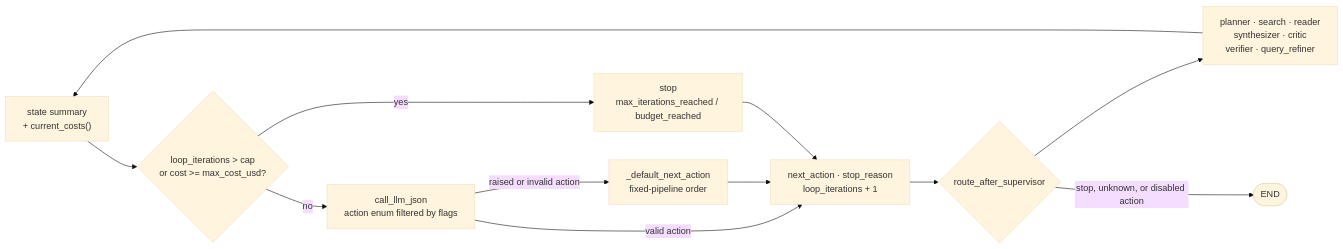
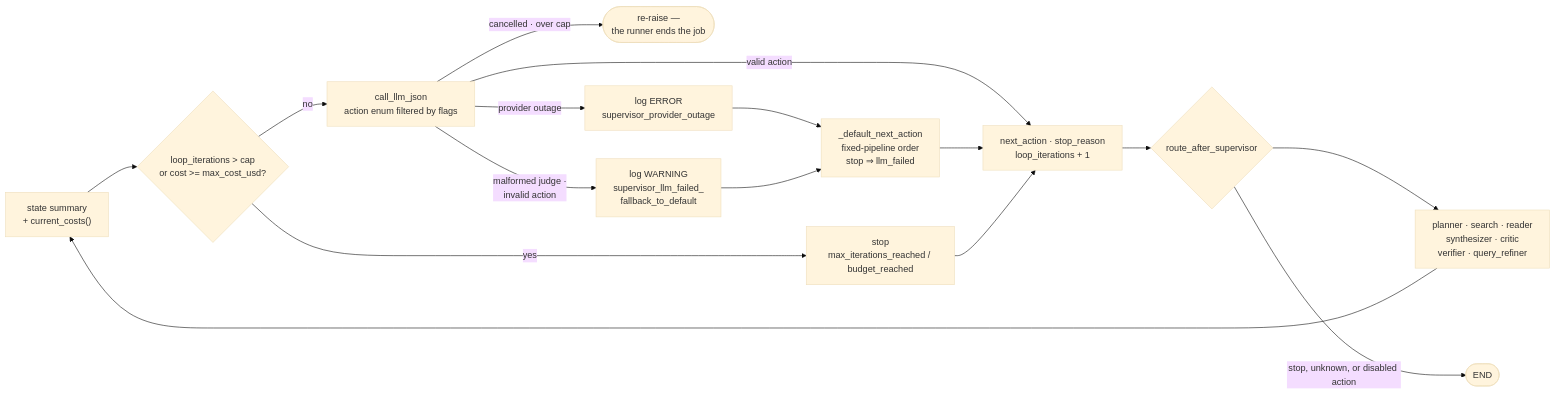
One commit to kudratsingh/arxiv-research-agent changed the diagram in docs/agents/supervisor.md. Above: the diagram before and after it, drawn with Mermaid (base theme). The commit also changed other lines of this file and 13 other files, not shown here.

````diff
--- a/docs/agents/supervisor.md
+++ b/docs/agents/supervisor.md
@@ -17,14 +17,18 @@
 ```mermaid
 flowchart LR
   IN["state summary<br/>+ current_costs()"] --> CAPS{"loop_iterations > cap<br/>or cost >= max_cost_usd?"}
   CAPS -->|"yes"| STOP["stop<br/>max_iterations_reached / budget_reached"]
   CAPS -->|"no"| LLM["call_llm_json<br/>action enum filtered by flags"]
   LLM -->|"valid action"| OUT["next_action · stop_reason<br/>loop_iterations + 1"]
-  LLM -->|"raised or invalid action"| DEF["_default_next_action<br/>fixed-pipeline order"]
+  LLM -->|"cancelled · over cap"| RAISE(["re-raise —<br/>the runner ends the job"])
+  LLM -->|"provider outage"| ERR["log ERROR<br/>supervisor_provider_outage"]
+  LLM -->|"malformed judge ·<br/>invalid action"| WARN["log WARNING<br/>supervisor_llm_failed_<br/>fallback_to_default"]
+  ERR --> DEF["_default_next_action<br/>fixed-pipeline order<br/>stop ⇒ llm_failed"]
+  WARN --> DEF
   DEF --> OUT
   STOP --> OUT
   OUT --> R{"route_after_supervisor"}
   R --> NODE["planner · search · reader<br/>synthesizer · critic<br/>verifier · query_refiner"]
   R -->|"stop, unknown, or disabled action"| FIN(["END"])
   NODE --> IN
 ```
````
